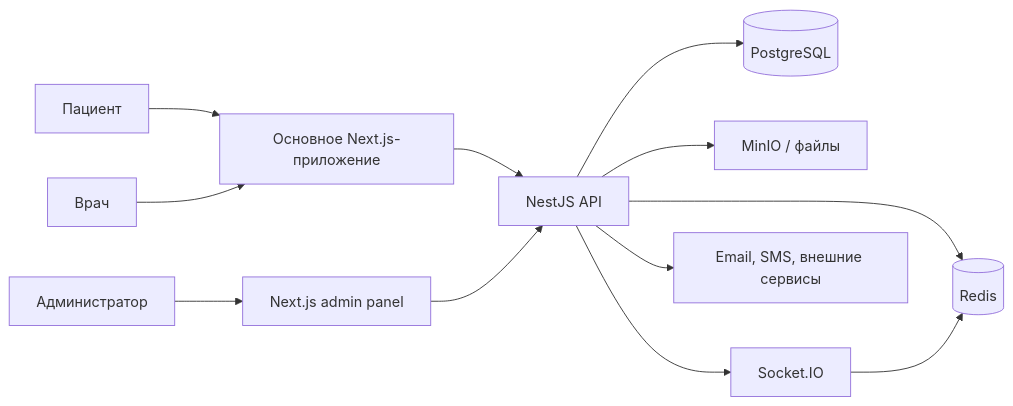
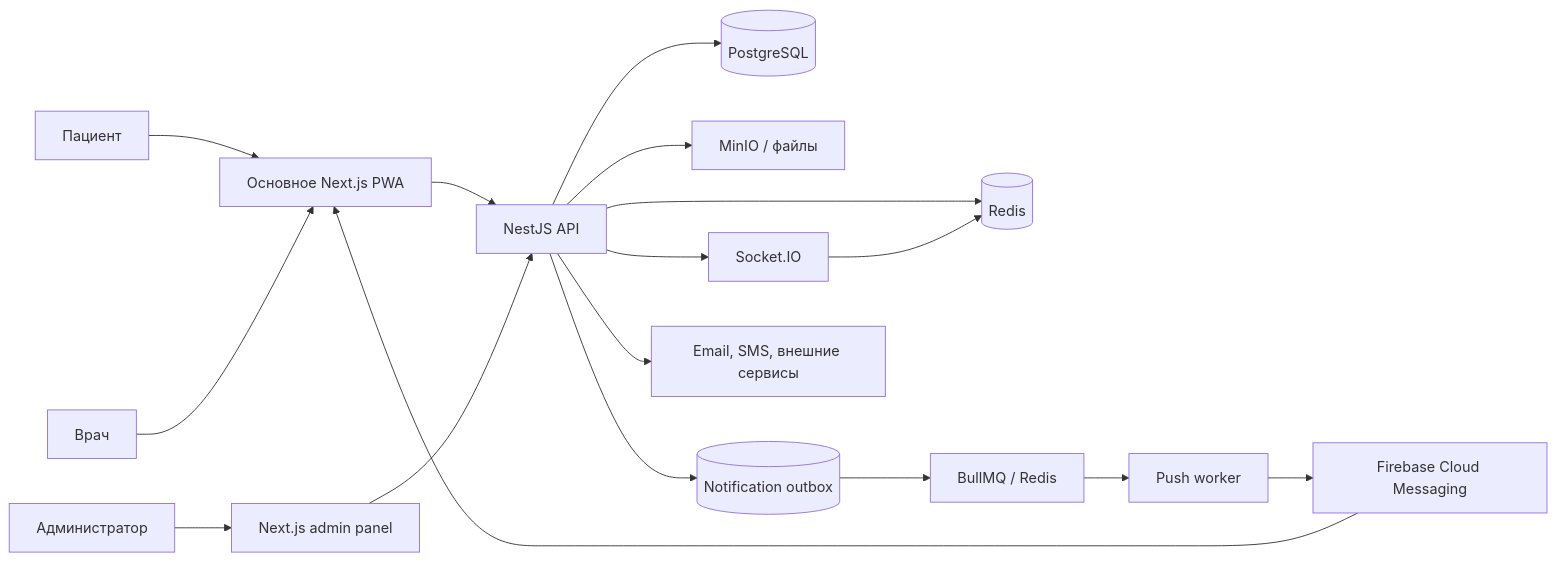
The diagram in README.ru.md (RaysAndreyRU/rehub-showcase), drawn with Mermaid before and after one commit. The commit also changed other lines of this file and 6 other files, not shown here.

Commit message:
docs(architecture): add push and PWA case studies

````diff
--- a/README.ru.md
+++ b/README.ru.md
@@ -32,14 +32,19 @@
 ```mermaid
 flowchart LR
-    Patient[Пациент] --> Web[Основное Next.js-приложение]
+    Patient[Пациент] --> Web[Основное Next.js PWA]
     Doctor[Врач] --> Web
     Admin[Администратор] --> AdminUI[Next.js admin panel]
     Web --> API[NestJS API]
     AdminUI --> API
     API --> PG[(PostgreSQL)]
     API --> Redis[(Redis)]
     API --> Storage[MinIO / файлы]
     API --> WS[Socket.IO]
+    API --> Outbox[(Notification outbox)]
+    Outbox --> Queue[BullMQ / Redis]
+    Queue --> PushWorker[Push worker]
+    PushWorker --> FCM[Firebase Cloud Messaging]
+    FCM --> Web
     API --> External[Email, SMS, внешние сервисы]
     WS --> Redis
 ```
````
